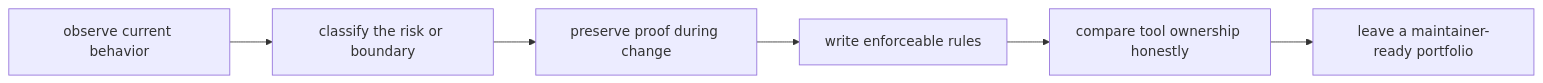
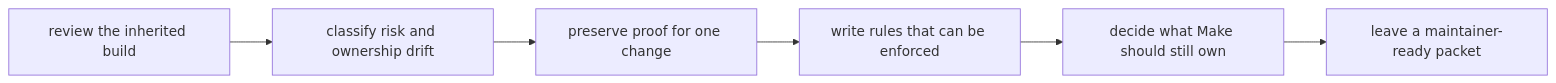
The diagram in programs/reproducible-research/deep-dive-make/course-book/module-10-migration-governance-tool-boundaries/exercises.md (bijux/bijux-masterclass), drawn with Mermaid before and after one commit. The commit also changed other lines of this file, not shown here.

Commit message:
docs(make): turn module 10 exercises into a stewardship lab

````diff
--- a/programs/reproducible-research/deep-dive-make/course-book/module-10-migration-governance-tool-boundaries/exercises.md
+++ b/programs/reproducible-research/deep-dive-make/course-book/module-10-migration-governance-tool-boundaries/exercises.md
@@ -75,11 +56,11 @@
 ```mermaid
 flowchart LR
-  observe["observe current behavior"]
-  classify["classify the risk or boundary"]
-  preserve["preserve proof during change"]
-  govern["write enforceable rules"]
-  compare["compare tool ownership honestly"]
-  handoff["leave a maintainer-ready portfolio"]
+  review["review the inherited build"]
+  classify["classify risk and ownership drift"]
+  preserve["preserve proof for one change"]
+  govern["write rules that can be enforced"]
+  boundary["decide what Make should still own"]
+  handoff["leave a maintainer-ready packet"]
 
-  observe --> classify --> preserve --> govern --> compare --> handoff
+  review --> classify --> preserve --> govern --> boundary --> handoff
 ```
````
